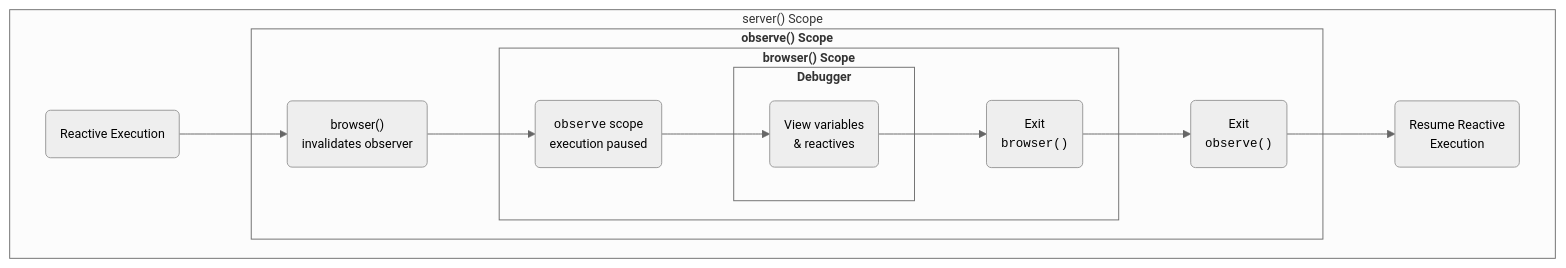
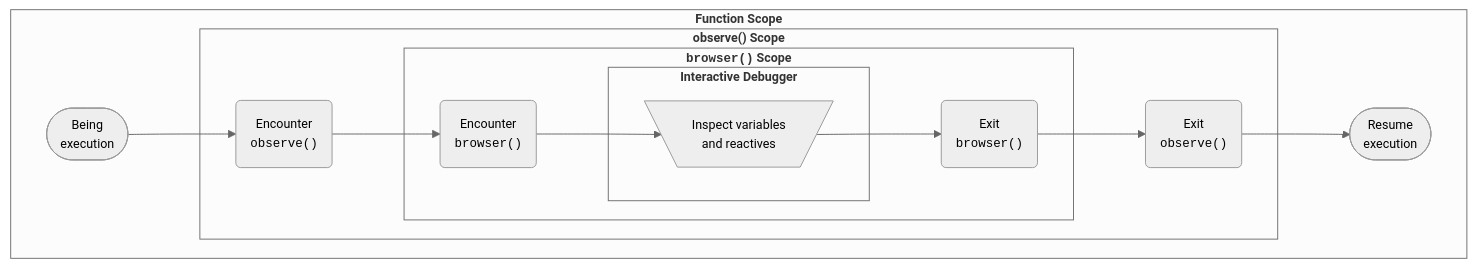
The third of 3 diagrams in debugger.qmd (mjfrigaard/shiny-app-pkgs), drawn with Mermaid before and after one commit. The commit also changed other lines of this file and 33 other files, not shown here.

````diff
--- a/debugger.qmd
+++ b/debugger.qmd
@@ -190,44 +208,39 @@
 ```{mermaid}
 %%| fig-cap: 'Reacting `browser`ing in an `observe`er'
 %%| fig-align: center
 %%{init: {'theme': 'neutral', 'themeVariables': { 'fontFamily': 'monospace', "fontSize":"13px"}}}%%
 flowchart TD
-    subgraph Server["server() Scope"]
-        StartReact("Reactive Execution")
-        StartReact --> ObserveExecution("browser()</code><br>invalidates observer")
-        subgraph Observer["<strong>observe() Scope</strong>"]
-            ObserveExecution("browser()</code><br>invalidates observer")  
-            ObserveExecution --> Browser
-            subgraph Browse["<strong>browser() Scope</strong>"]
-                Browser("<code>observe</code> scope<br>execution paused")
-                Browser --> Step
-                subgraph Debugger["<strong>Debugger</strong>"]
-                    Step("View variables<br>& reactives")
-                end
-                    ExitBrowser("Exit<br><code>browser()</code>")
-                    Step --> ExitBrowser
-                
+    subgraph Function["<strong>Function Scope</strong>"]
+        Running(["Being<br>execution"])
+        Running --> EncounterObs
+        subgraph ObserveStep["<strong>observe() Scope</strong>"]
+            EncounterObs("Encounter<br><code>observe()</code>") --> Browse
+            subgraph Browser["<strong><code>browser()</code> Scope</strong>"]
+                Browse("Encounter<br><code>browser()</code>") --> Step
+                subgraph Debugger["<strong>Interactive Debugger</strong>"]
+                 Step[\"Inspect variables<br>and reactives"/]
             end
-                ExitObserver("Exit<br><code>observe()</code>")
-                ExitBrowser --> ExitObserver
+                Step --> ExitBrowser("Exit <br><code>browser()</code>")
+            end
+            ExitBrowser --> ExitObserve("Exit <br><code>observe()</code>")
+            
         end
-            ExitObserver --> EndReact("Resume Reactive<br>Execution")
-    
+        ExitObserve --> Resume(["Resume<br>execution"])
     end
 
     %% style Server fill:#FFF,color:#000,stroke:#333,font-size:14px
     %% style StartReact fill:#FFF,color:#000,stroke:#333,font-size:14px
     %% style EndReact fill:#FFF,color:#000,stroke:#333,font-size:14px
 
     %% style Observer fill:#FFF,stroke:#FEDBC1,stroke-width:3px,font-size:14px
     %% style ObserveExecution fill:#FEDBC1,stroke:none,rx:10,ry:10,font-size:14px
     
     %% style Browser fill:#4CBB9D,color:#000,stroke:none,rx:20,ry:10,font-size:14px
     %% style Browse stroke:#4CBB9D,color:#000,fill:#FFF,stroke-width:3px,rx:10,ry:10,font-size:14px
     
     %% style Debugger fill:#F8F8FA,stroke:#4CB7DB,stroke-width:3px,rx:10,ry:10,font-size:14px
     %% style Step fill:#4CB7DB,stroke:none,rx:10,ry:10
 
     %% style ExitBrowser fill:#4CBB9D,color:#000,stroke:none,rx:20,ry:10,font-size:14px
     %% style ExitObserver fill:#FEDBC1,color:#000,stroke:none,rx:20,ry:10,font-size:14px
 ```
````
